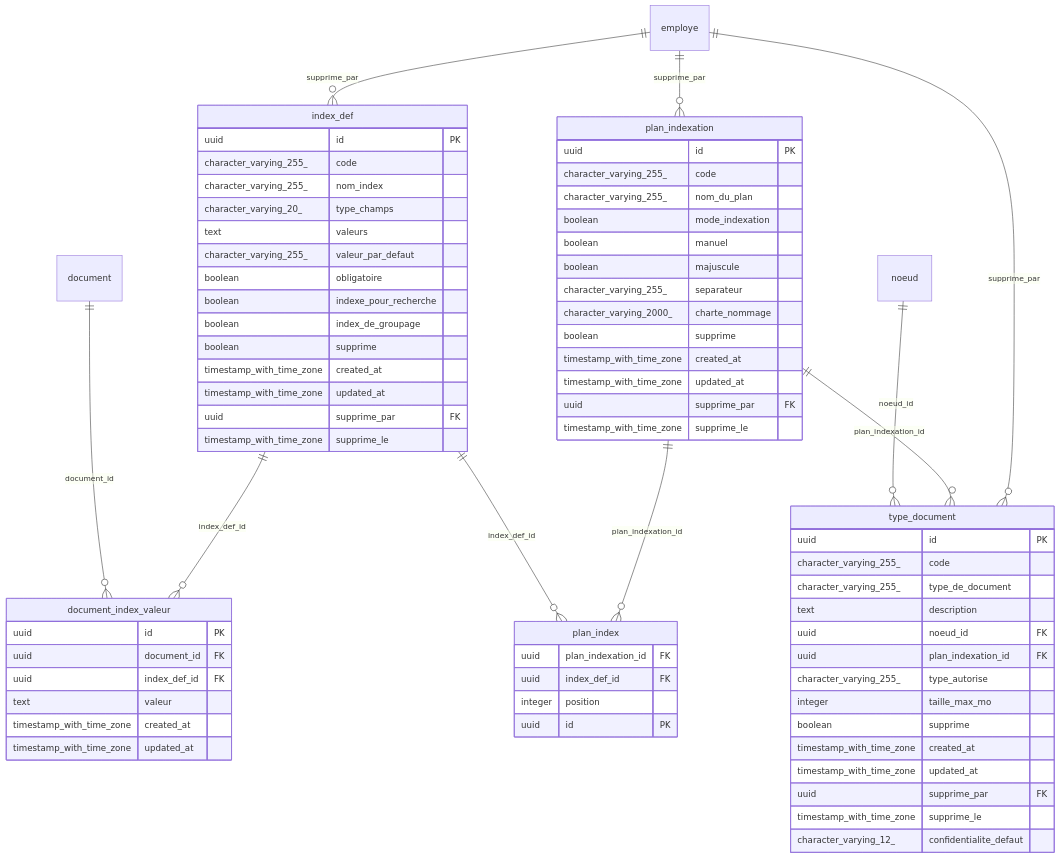
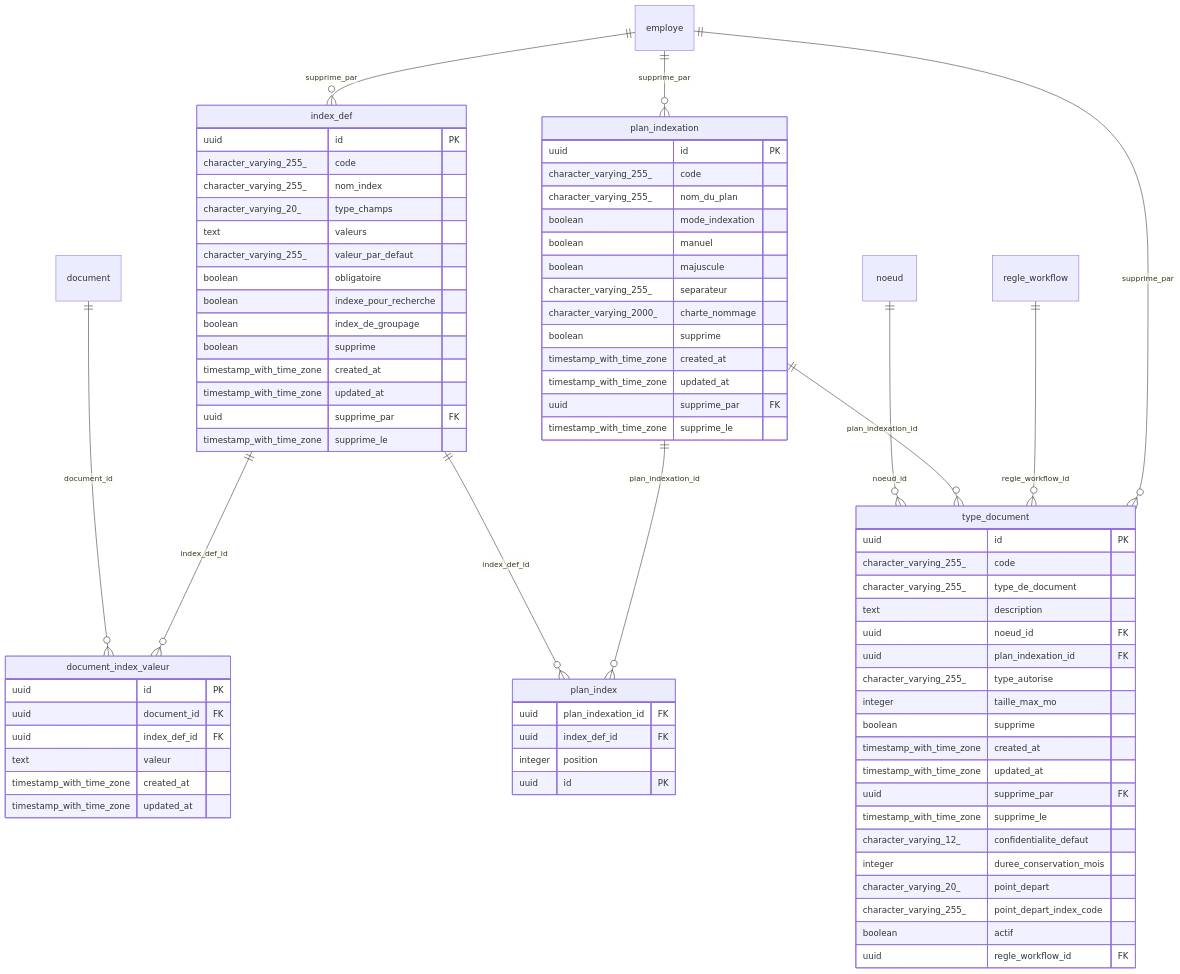
Before and after one commit to abddou2000/GED: the fourth of 7 diagrams in docs/modelisation/SCHEMA-BASE.md, drawn with Mermaid. The commit also changed other lines of this file and 2 other files, not shown here.

Commit message:
Régénérer le schéma et les diagrammes de classes après fusion, reporter les correctifs de la vague 5 dans le suivi

````diff
--- a/docs/modelisation/SCHEMA-BASE.md
+++ b/docs/modelisation/SCHEMA-BASE.md
@@ -347,73 +355,79 @@
 ```mermaid
 erDiagram
   document_index_valeur {
     uuid id PK
     uuid document_id FK
     uuid index_def_id FK
     text valeur
     timestamp_with_time_zone created_at
     timestamp_with_time_zone updated_at
   }
   index_def {
     uuid id PK
     character_varying_255_ code
     character_varying_255_ nom_index
     character_varying_20_ type_champs
     text valeurs
     character_varying_255_ valeur_par_defaut
     boolean obligatoire
     boolean indexe_pour_recherche
     boolean index_de_groupage
     boolean supprime
     timestamp_with_time_zone created_at
     timestamp_with_time_zone updated_at
     uuid supprime_par FK
     timestamp_with_time_zone supprime_le
   }
   plan_index {
     uuid plan_indexation_id FK
     uuid index_def_id FK
     integer position
     uuid id PK
   }
   plan_indexation {
     uuid id PK
     character_varying_255_ code
     character_varying_255_ nom_du_plan
     boolean mode_indexation
     boolean manuel
     boolean majuscule
     character_varying_255_ separateur
     character_varying_2000_ charte_nommage
     boolean supprime
     timestamp_with_time_zone created_at
     timestamp_with_time_zone updated_at
     uuid supprime_par FK
     timestamp_with_time_zone supprime_le
   }
   type_document {
     uuid id PK
     character_varying_255_ code
     character_varying_255_ type_de_document
     text description
     uuid noeud_id FK
     uuid plan_indexation_id FK
     character_varying_255_ type_autorise
     integer taille_max_mo
     boolean supprime
     timestamp_with_time_zone created_at
     timestamp_with_time_zone updated_at
     uuid supprime_par FK
     timestamp_with_time_zone supprime_le
     character_varying_12_ confidentialite_defaut
+    integer duree_conservation_mois
+    character_varying_20_ point_depart
+    character_varying_255_ point_depart_index_code
+    boolean actif
+    uuid regle_workflow_id FK
   }
   document ||--o{ document_index_valeur : "document_id"
   index_def ||--o{ document_index_valeur : "index_def_id"
   employe ||--o{ index_def : "supprime_par"
   index_def ||--o{ plan_index : "index_def_id"
   plan_indexation ||--o{ plan_index : "plan_indexation_id"
   employe ||--o{ plan_indexation : "supprime_par"
   noeud ||--o{ type_document : "noeud_id"
   plan_indexation ||--o{ type_document : "plan_indexation_id"
+  regle_workflow ||--o{ type_document : "regle_workflow_id"
   employe ||--o{ type_document : "supprime_par"
 ```
````
